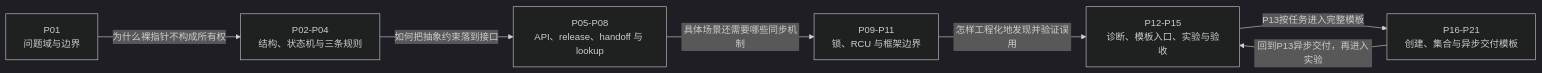
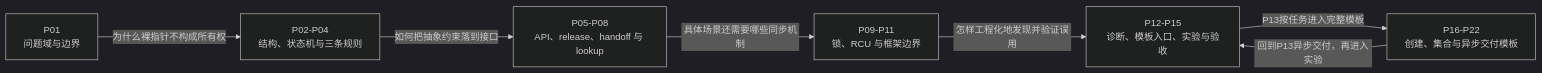
The diagram in knowledge/linux/object_lifetime/kref/大纲.md (FormingSystem/linux_note), drawn with Mermaid (dark theme) before and after one commit. The commit also changed other lines of this file and 17 other files, not shown here.

````diff
--- a/knowledge/linux/object_lifetime/kref/大纲.md
+++ b/knowledge/linux/object_lifetime/kref/大纲.md
@@ -21,16 +21,16 @@
 ```mermaid
 flowchart LR
     A["P01<br/>问题域与边界"]
     B["P02-P04<br/>结构、状态机与三条规则"]
     C["P05-P08<br/>API、release、handoff 与 lookup"]
     D["P09-P11<br/>锁、RCU 与框架边界"]
     E["P12-P15<br/>诊断、模板入口、实验与验收"]
-    T["P16-P21<br/>创建、集合与异步交付模板"]
+    T["P16-P22<br/>创建、集合与异步交付模板"]
 
     A -->|"为什么裸指针不构成所有权"| B
     B -->|"如何把抽象约束落到接口"| C
     C -->|"具体场景还需要哪些同步机制"| D
     D -->|"怎样工程化地发现并验证误用"| E
     E -->|"P13按任务进入完整模板"| T
     T -->|"回到P13异步交付，再进入实验"| E
 ```
````
